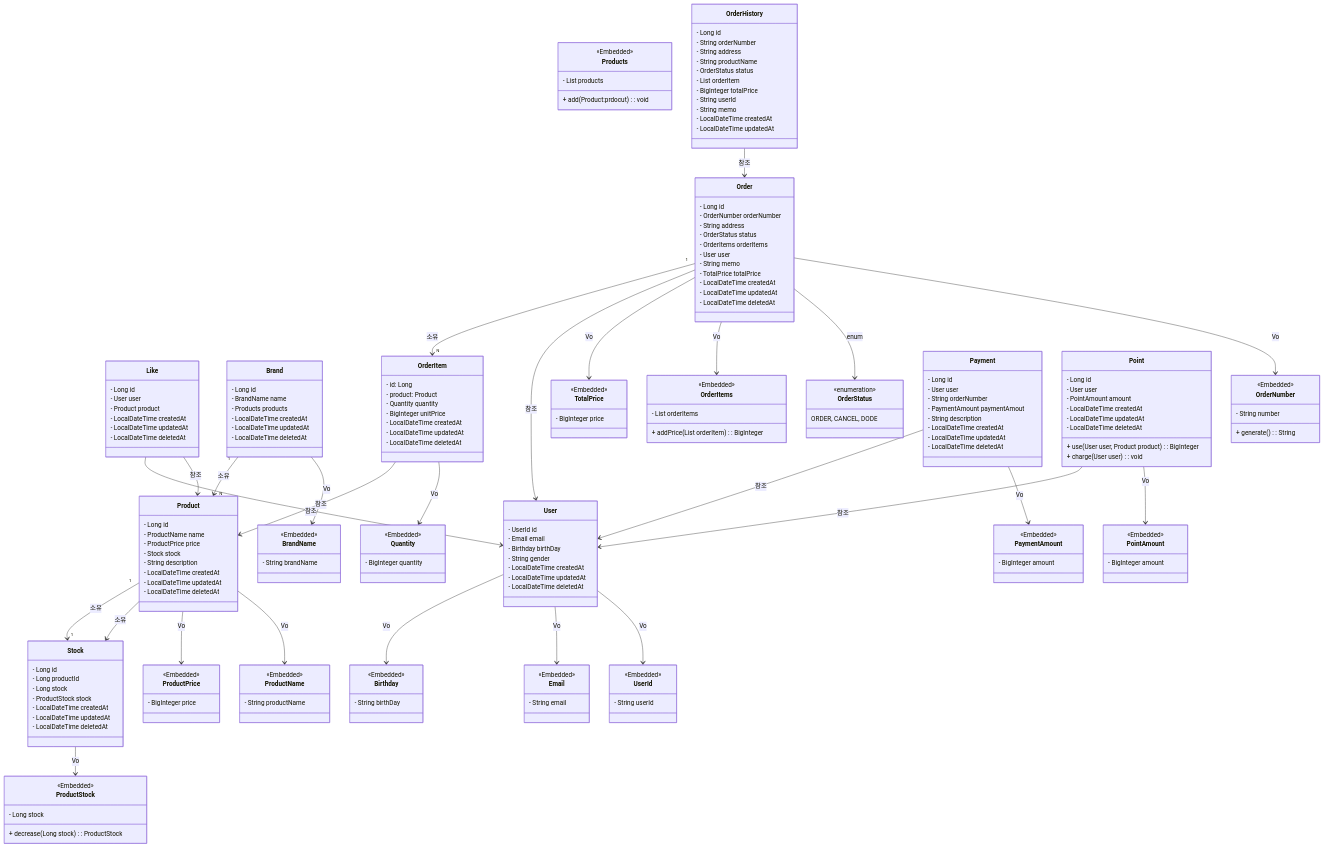
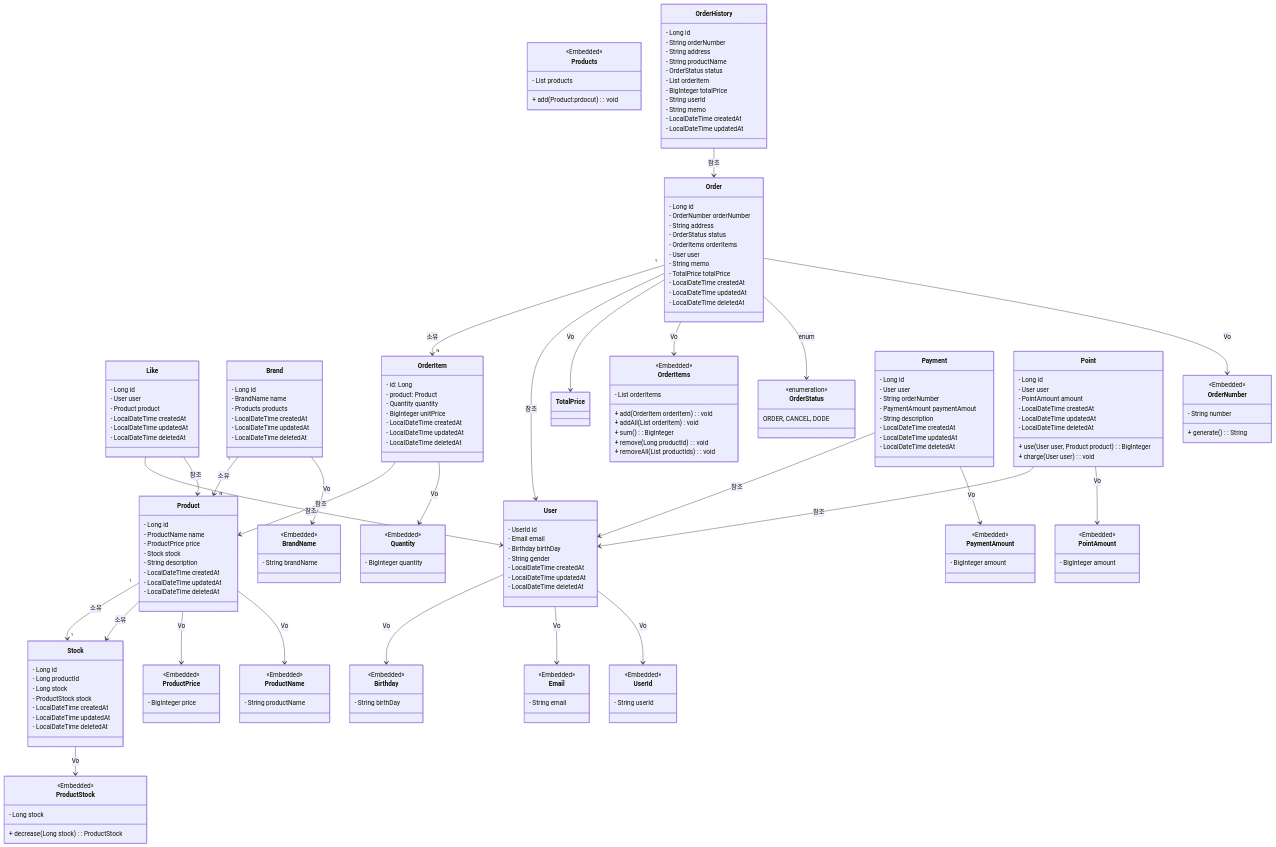
One commit to Loopers-Team-6/younghun changed the diagram in apps/commerce-api/docs/desigin/03-class-diagrams.md. Above: the diagram before and after it, drawn with Mermaid.

Commit message:
docs: 문서화 수정

```diff
--- a/apps/commerce-api/docs/desigin/03-class-diagrams.md
+++ b/apps/commerce-api/docs/desigin/03-class-diagrams.md
@@ -137,13 +137,13 @@
 class OrderItems {
  <<Embedded>>
  - List<OrderItem> orderItems
- + addPrice(List<OrderItem> orderItem) : BigInteger
+ + add(OrderItem orderItem) : void
+ + addAll(List<OrderItem> orderItem) void
+ + sum() : BigInteger
+ + remove(Long productId) : void
+ + removeAll(List<Long> productIds) : void
 }
 
-class TotalPrice {
- <<Embedded>>
- - BigInteger price
-}
 
 class OrderNumber {
  <<Embedded>>
```
